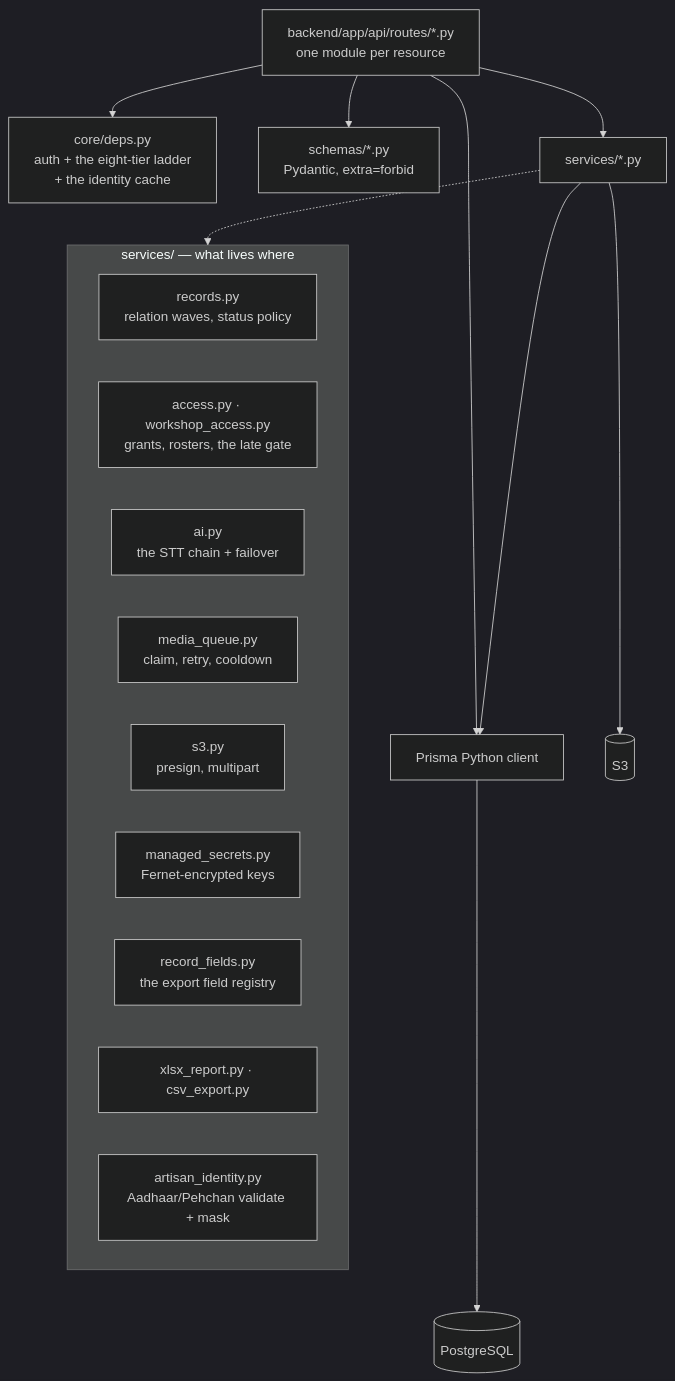
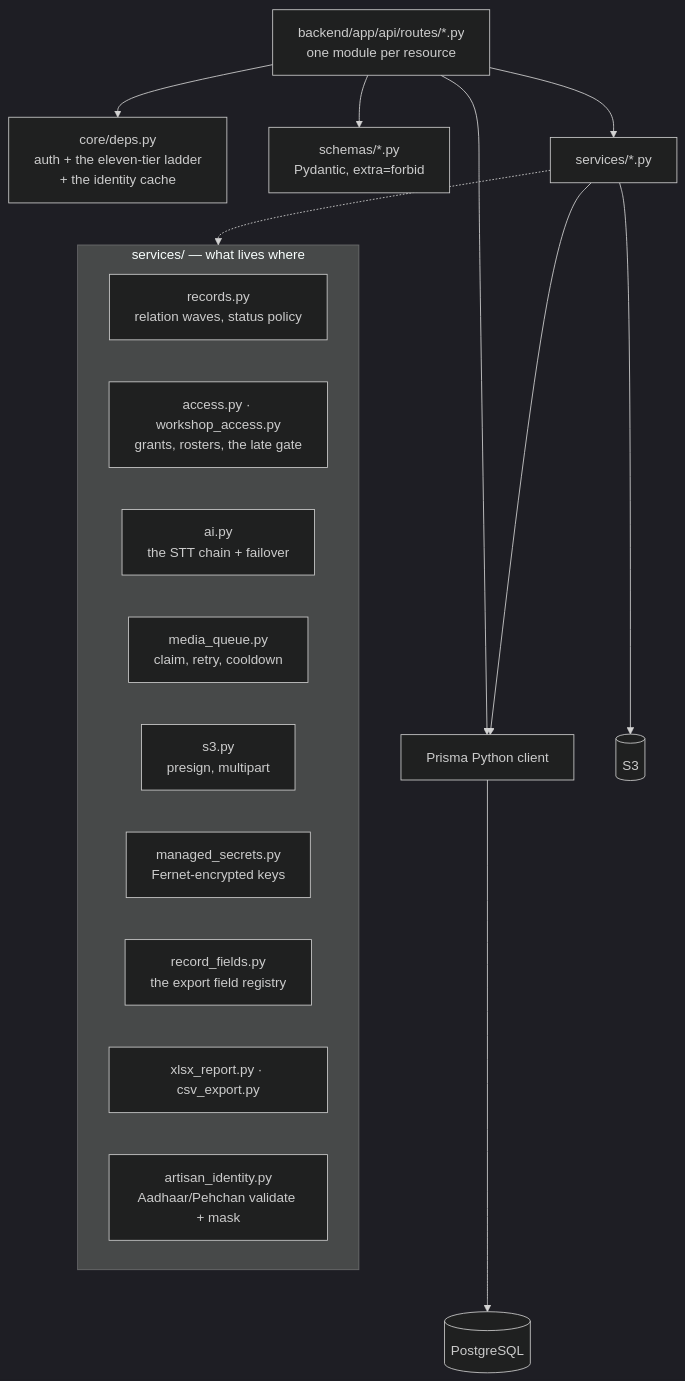
Before and after one commit to cxacraftecosystem-ui/designer-portal: the fourth of 13 diagrams in docs/ARCHITECTURE.md, drawn with Mermaid (dark theme). The commit also changed 165 other files, not shown here.

````diff
--- a/docs/ARCHITECTURE.md
+++ b/docs/ARCHITECTURE.md
@@ -209,32 +209,32 @@
 ```mermaid
 flowchart TD
   routes["backend/app/api/routes/*.py<br/>one module per resource"]
-  deps["core/deps.py<br/>auth + the eight-tier ladder<br/>+ the identity cache"]
+  deps["core/deps.py<br/>auth + the eleven-tier ladder<br/>+ the identity cache"]
   schemas["schemas/*.py<br/>Pydantic, extra=forbid"]
   svc["services/*.py"]
   prisma[Prisma Python client]
   pg[(PostgreSQL)]
   s3[(S3)]
 
   routes --> deps
   routes --> schemas
   routes --> svc
   routes --> prisma
   svc --> prisma
   svc --> s3
   prisma --> pg
 
   subgraph services["services/ — what lives where"]
     direction LR
     s1["records.py<br/>relation waves, status policy"]
     s2["access.py · workshop_access.py<br/>grants, rosters, the late gate"]
     s3b["ai.py<br/>the STT chain + failover"]
     s4["media_queue.py<br/>claim, retry, cooldown"]
     s5["s3.py<br/>presign, multipart"]
     s6["managed_secrets.py<br/>Fernet-encrypted keys"]
     s7["record_fields.py<br/>the export field registry"]
     s8["xlsx_report.py · csv_export.py"]
     s9["artisan_identity.py<br/>Aadhaar/Pehchan validate + mask"]
   end
   svc -.-> services
 ```
````
